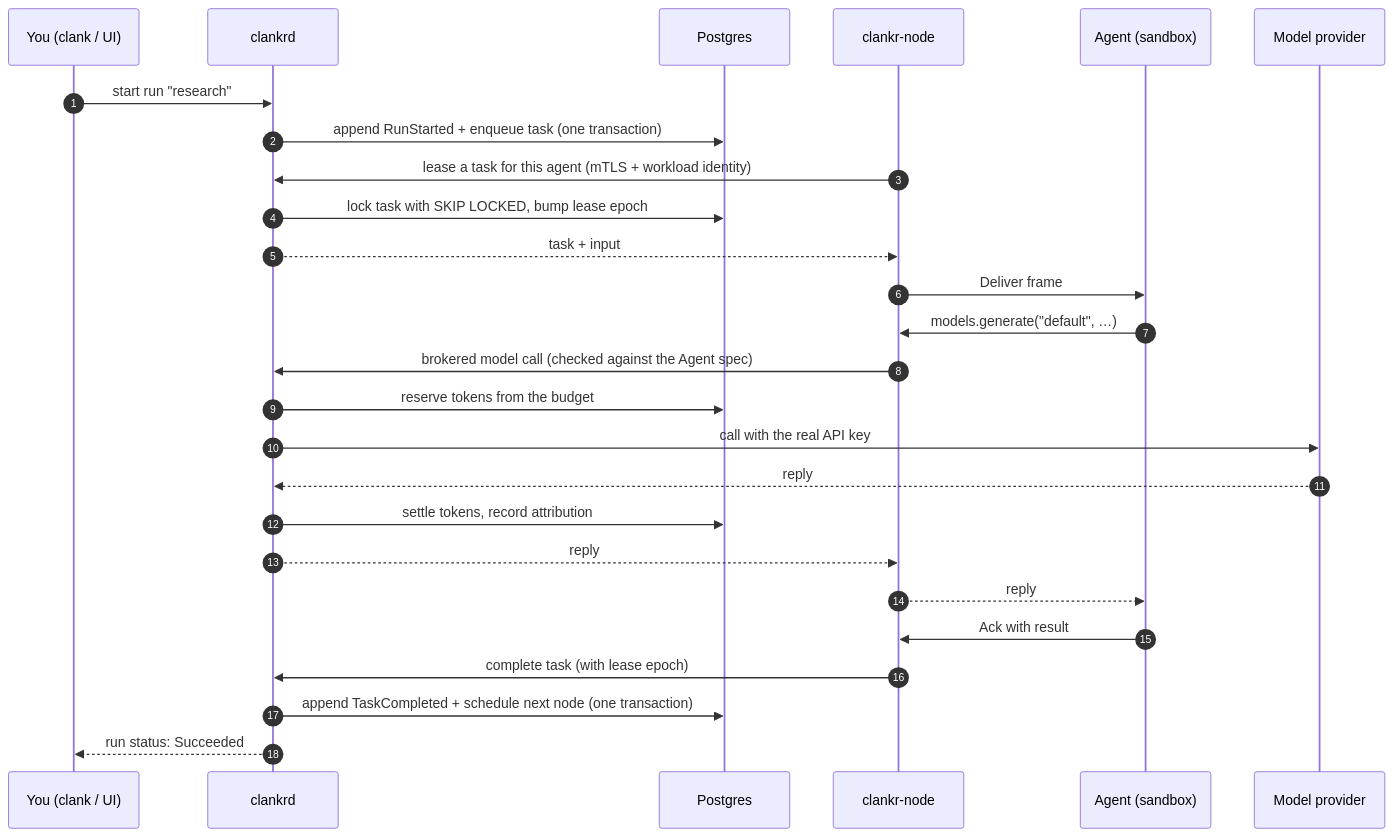
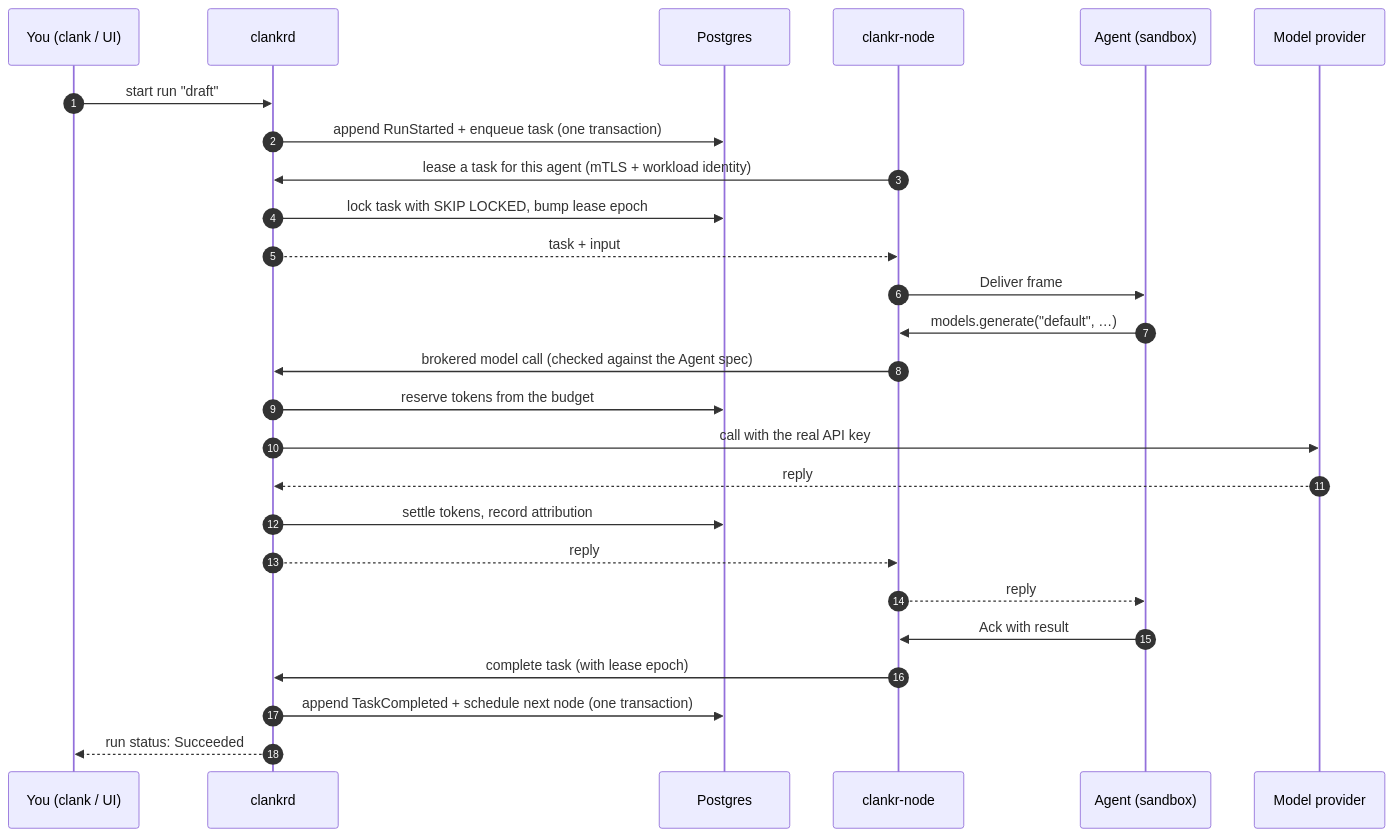
One commit to randheer-rk/clankr changed the third of 3 diagrams in README.md. Above: the diagram before and after it, drawn with Mermaid. The commit also changed other lines of this file and 2 other files, not shown here.

````diff
--- a/README.md
+++ b/README.md
@@ -164,29 +245,29 @@
 ```mermaid
 sequenceDiagram
     autonumber
     participant U as You (clank / UI)
     participant C as clankrd
     participant DB as Postgres
     participant N as clankr-node
     participant A as Agent (sandbox)
     participant M as Model provider
 
-    U->>C: start run "research"
+    U->>C: start run "draft"
     C->>DB: append RunStarted + enqueue task (one transaction)
     N->>C: lease a task for this agent (mTLS + workload identity)
     C->>DB: lock task with SKIP LOCKED, bump lease epoch
     C-->>N: task + input
     N->>A: Deliver frame
     A->>N: models.generate("default", …)
     N->>C: brokered model call (checked against the Agent spec)
     C->>DB: reserve tokens from the budget
     C->>M: call with the real API key
     M-->>C: reply
     C->>DB: settle tokens, record attribution
     C-->>N: reply
     N-->>A: reply
     A->>N: Ack with result
     N->>C: complete task (with lease epoch)
     C->>DB: append TaskCompleted + schedule next node (one transaction)
     C-->>U: run status: Succeeded
 ```
````
